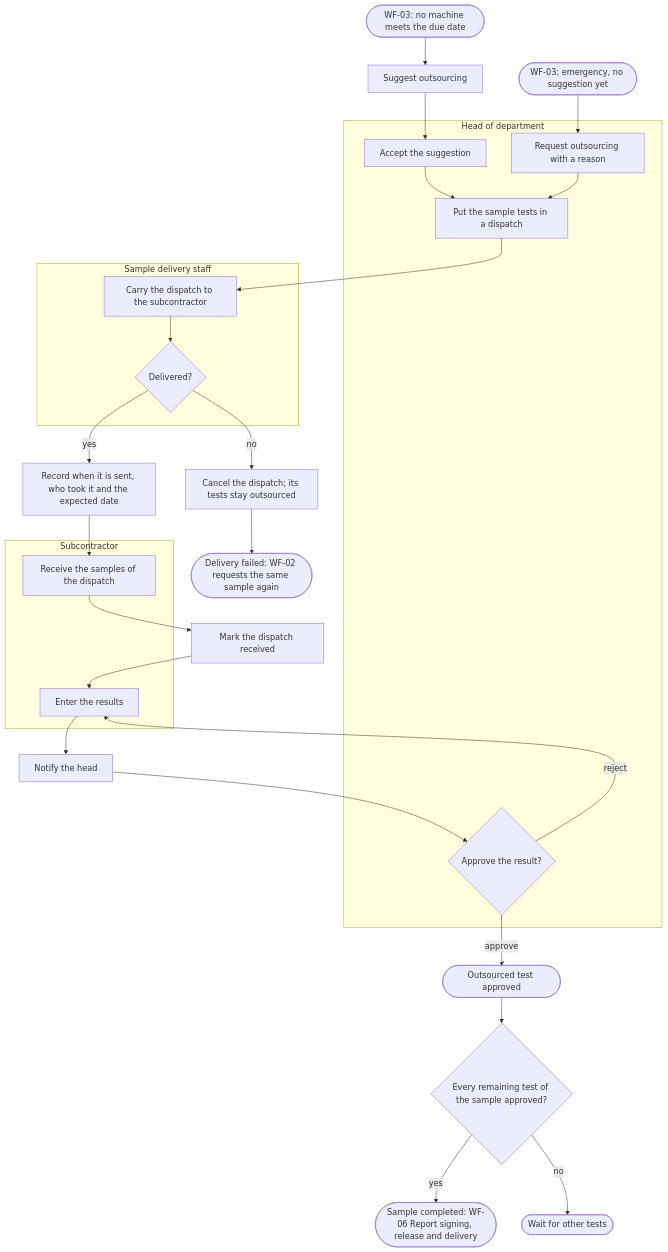
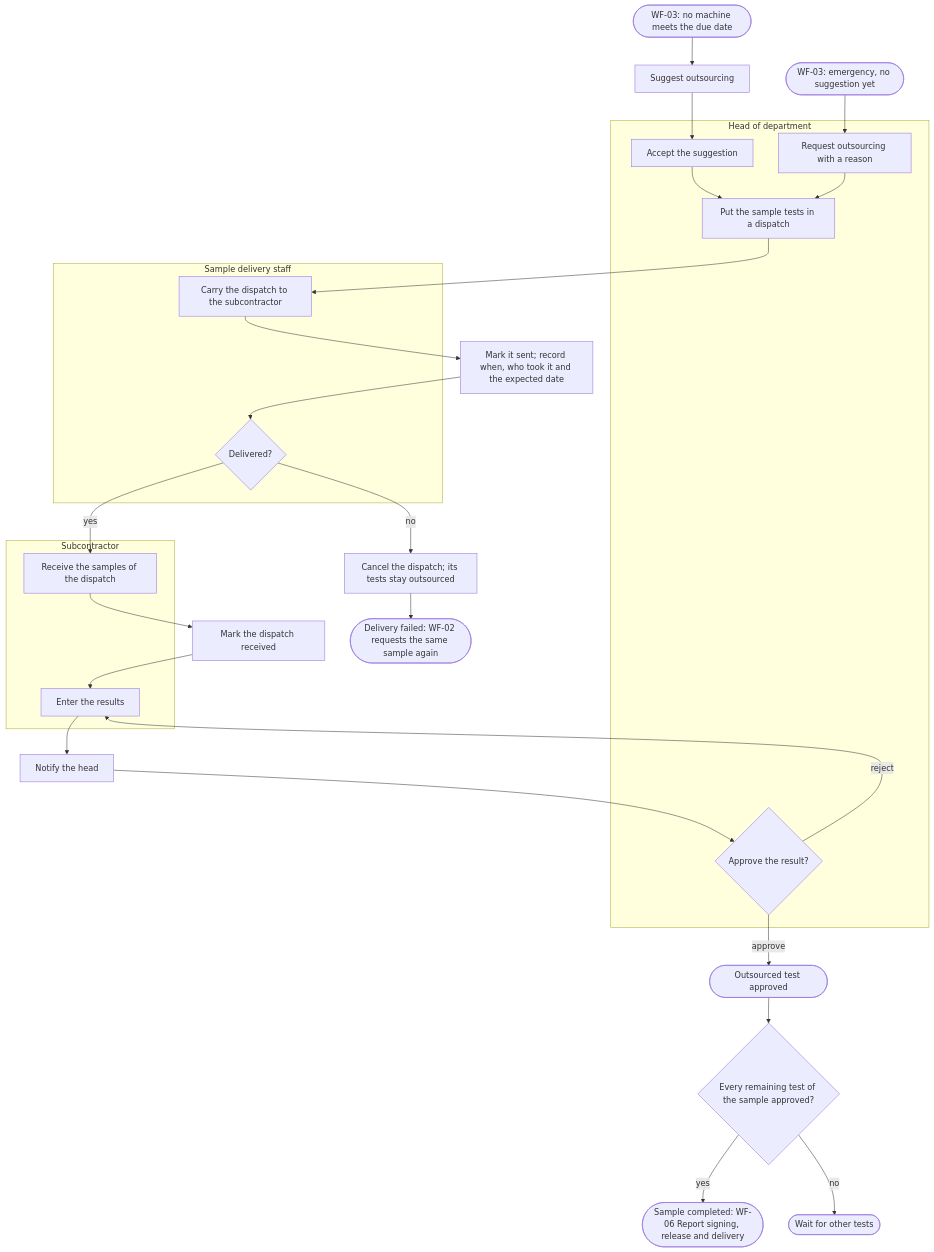
The fifth of 17 diagrams in docs/functional/business-flows.md (SoltuneMontepre/medilab), drawn with Mermaid before and after one commit. The commit also changed other lines of this file and 11 other files, not shown here.

Commit message:
[docs] Send a dispatch at handover, keep bookings when a plan revision is rejected and let a report rejection withdraw result approvals

````diff
--- a/docs/functional/business-flows.md
+++ b/docs/functional/business-flows.md
@@ -258,28 +258,29 @@
 ```mermaid
 flowchart TD
     suggest[Suggest outsourcing]
     subgraph lane12 ["Head of department"]
         h1[Accept the suggestion] --> h2[Put the sample tests in a dispatch]
         h0[Request outsourcing with a reason] --> h2
         h4{Approve the result?}
     end
     subgraph lane13 ["Sample delivery staff"]
-        d1[Carry the dispatch to the subcontractor] --> delivered{Delivered?}
+        d1[Carry the dispatch to the subcontractor]
+        delivered{Delivered?}
     end
     subgraph lane14 ["Subcontractor"]
         s1[Receive the samples of the dispatch]
         s2[Enter the results]
     end
     wf03([WF-03: no machine meets the due date]) --> suggest --> h1
     urgent([WF-03: emergency, no suggestion yet]) --> h0
-    h2 --> d1
-    delivered -->|yes| sent[Record when it is sent, who took it and the expected date] --> s1
+    h2 --> d1 --> sent[Mark it sent; record when, who took it and the expected date] --> delivered
+    delivered -->|yes| s1
     delivered -->|no| cancel[Cancel the dispatch; its tests stay outsourced] --> wf02([Delivery failed: WF-02 requests the same sample again])
     s1 --> received[Mark the dispatch received] --> s2
     s2 --> notify[Notify the head] --> h4
     h4 -->|reject| s2
     h4 -->|approve| done([Outsourced test approved])
     done --> every{Every remaining test of the sample approved?}
     every -->|yes| wf06([Sample completed: WF-06 Report signing, release and delivery])
     every -->|no| wait([Wait for other tests])
 ```
````
